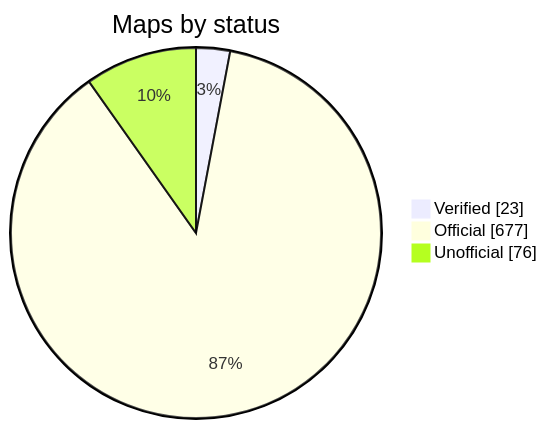
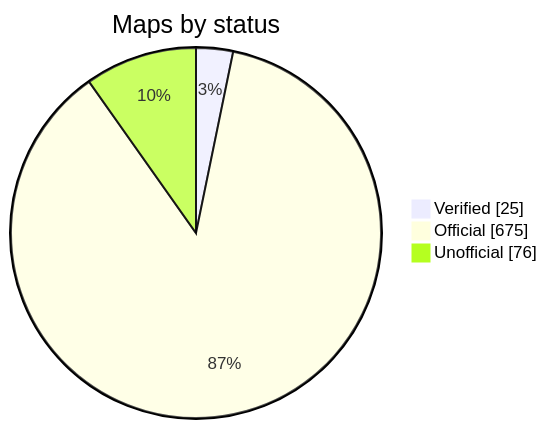
One commit to nobrega8/mbmap-library changed the diagram in README.md. Above: the diagram before and after it, drawn with Mermaid. The commit also changed 7 other files, not shown here.

````diff
--- a/README.md
+++ b/README.md
@@ -52,7 +52,7 @@
 ```mermaid
 pie showData
     title Maps by status
-    "Verified" : 23
-    "Official" : 677
+    "Verified" : 25
+    "Official" : 675
     "Unofficial" : 76
 ```
````
